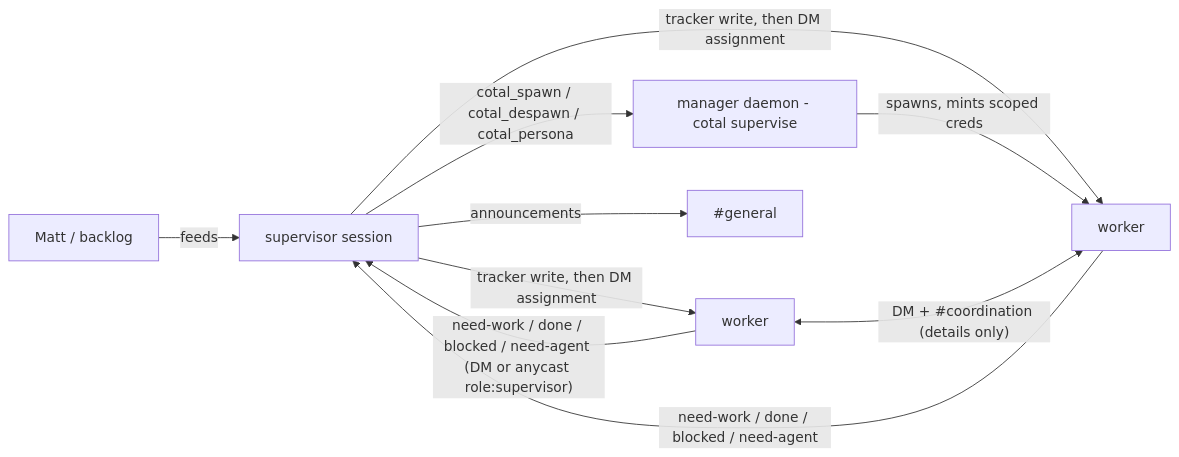
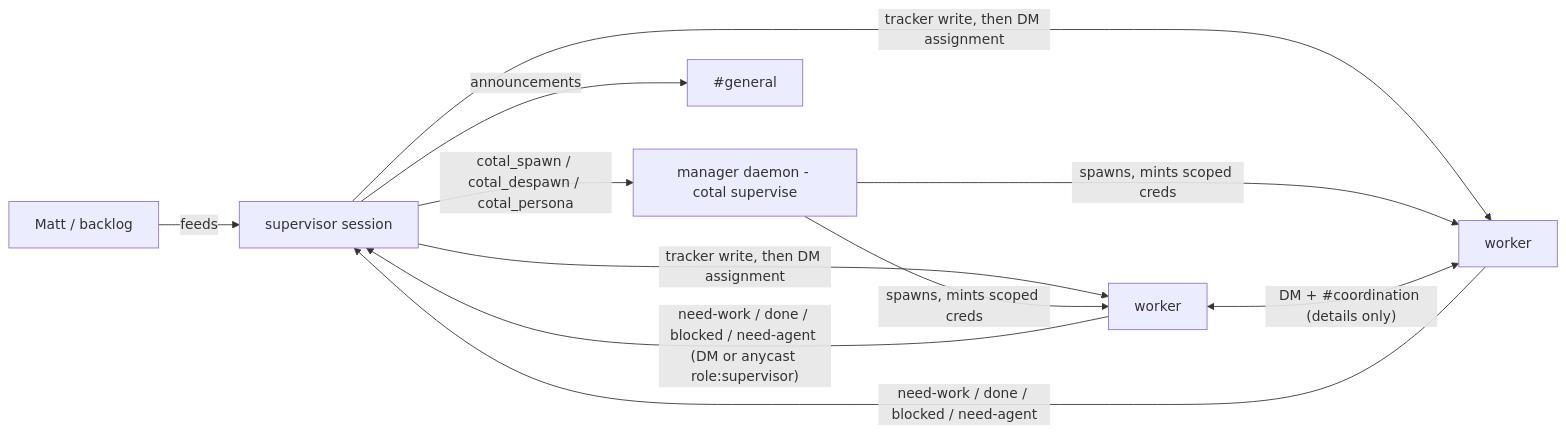
One commit to mattwilkinsonn/zireael changed the diagram in docs/designs/agents/coordination-structure.md. Above: the diagram before and after it, drawn with Mermaid. The commit also changed other lines of this file, not shown here.

First line of the commit message:
docs(agents): address review — align channels.json example, complete spawn diagram, drop OQ refs

````diff
--- a/docs/designs/agents/coordination-structure.md
+++ b/docs/designs/agents/coordination-structure.md
@@ -122,12 +123,13 @@
 ```mermaid
 flowchart LR
     M[Matt / backlog] -->|feeds| S
     S[supervisor session] -->|tracker write, then DM assignment| W1[worker]
     S -->|tracker write, then DM assignment| W2[worker]
     W1 -->|"need-work / done / blocked / need-agent (DM or anycast role:supervisor)"| S
     W2 -->|"need-work / done / blocked / need-agent"| S
     S -->|cotal_spawn / cotal_despawn / cotal_persona| MGR[manager daemon - cotal supervise]
+    MGR -->|spawns, mints scoped creds| W1
     MGR -->|spawns, mints scoped creds| W2
     W1 <-->|"DM + #coordination (details only)"| W2
     S -->|announcements| G[#general]
 ```
````
